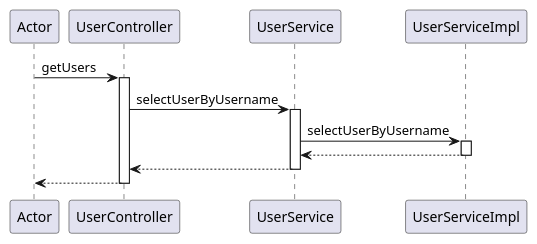
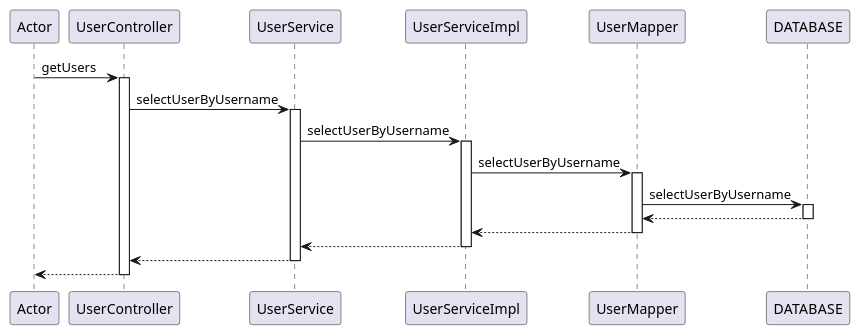
Before and after one commit to will-liao/homestay: the diagram in src/main/resources/puml文件/squence/时序图puml文件/UserController_getUsers.puml, drawn with PlantUML. The commit also changed 131 other files, not shown here.

```diff
--- a/src/main/resources/puml文件/squence/时序图puml文件/UserController_getUsers.puml
+++ b/src/main/resources/puml文件/squence/时序图puml文件/UserController_getUsers.puml
@@ -1,14 +1,24 @@
 @startuml
 participant Actor
 Actor -> UserController : getUsers
 activate UserController
 UserController -> UserService : selectUserByUsername
 activate UserService
 UserService -> UserServiceImpl : selectUserByUsername
 activate UserServiceImpl
+
+UserServiceImpl -> UserMapper : selectUserByUsername
+activate UserMapper
+UserMapper -> DATABASE : selectUserByUsername
+activate DATABASE
+DATABASE --> UserMapper
+deactivate DATABASE
+UserMapper --> UserServiceImpl
+deactivate UserMapper
+
 UserServiceImpl --> UserService
 deactivate UserServiceImpl
 UserService --> UserController
 deactivate UserService
 return
 @enduml
```
